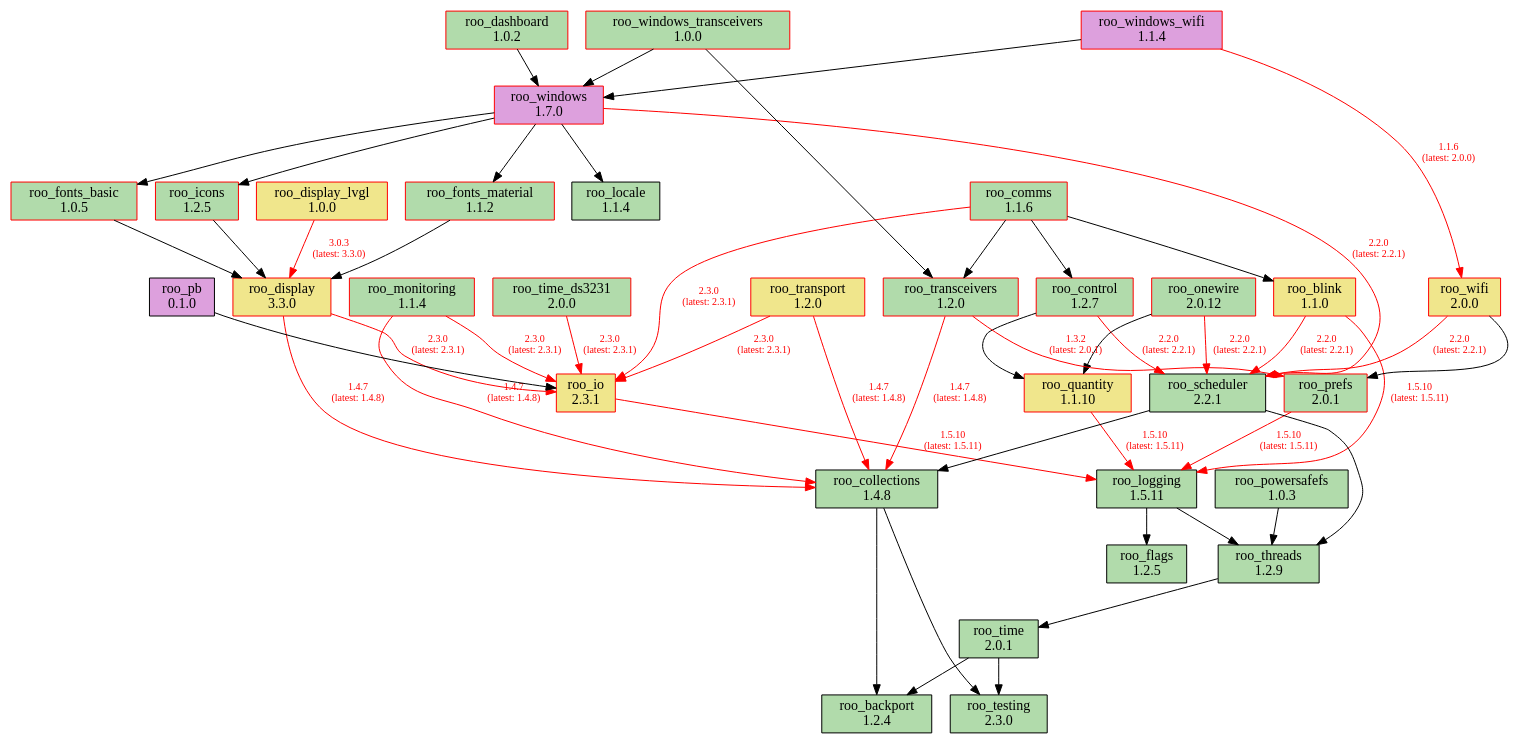
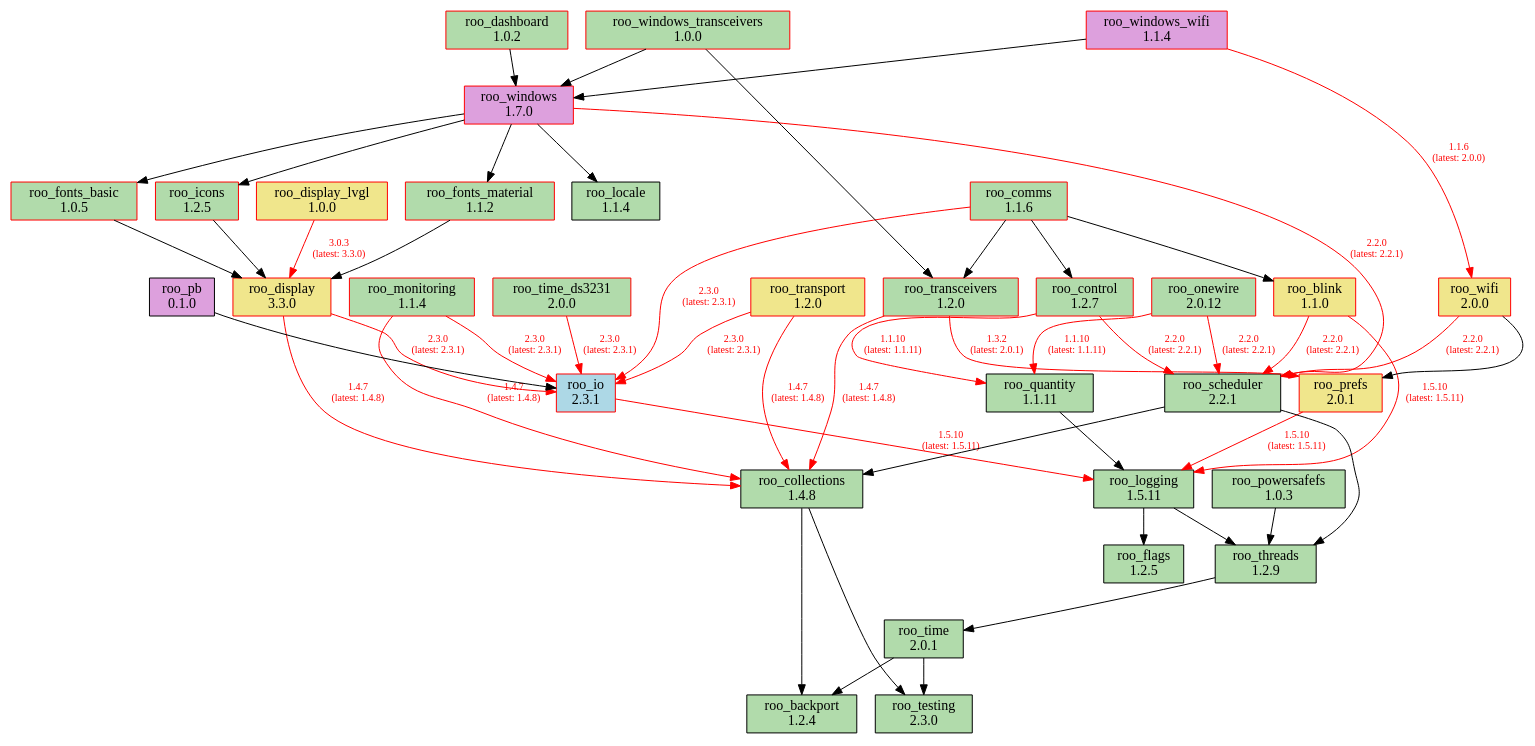
The diagram in doc/dependencies.dot (dejwk/roo-registry), drawn with Graphviz before and after one commit. The commit also changed 3 other files, not shown here.

Commit message:
Added roo_quantity 1.1.11 to the registry.

```diff
--- a/doc/dependencies.dot
+++ b/doc/dependencies.dot
@@ -1,90 +1,90 @@
 digraph dependencies {
     rankdir=TB;
     node [shape=box, style=filled];
     edge [fontsize=10];
 
     // Modules
     "roo_backport" [label="roo_backport\n1.2.4", fillcolor="#b1dbab", color="black"];
     "roo_blink" [label="roo_blink\n1.1.0", fillcolor="khaki", color="red"];
     "roo_collections" [label="roo_collections\n1.4.8", fillcolor="#b1dbab", color="black"];
     "roo_comms" [label="roo_comms\n1.1.6", fillcolor="#b1dbab", color="red"];
     "roo_control" [label="roo_control\n1.2.7", fillcolor="#b1dbab", color="red"];
     "roo_dashboard" [label="roo_dashboard\n1.0.2", fillcolor="#b1dbab", color="red"];
     "roo_display" [label="roo_display\n3.3.0", fillcolor="khaki", color="red"];
     "roo_display_lvgl" [label="roo_display_lvgl\n1.0.0", fillcolor="khaki", color="red"];
     "roo_flags" [label="roo_flags\n1.2.5", fillcolor="#b1dbab", color="black"];
     "roo_fonts_basic" [label="roo_fonts_basic\n1.0.5", fillcolor="#b1dbab", color="red"];
     "roo_fonts_material" [label="roo_fonts_material\n1.1.2", fillcolor="#b1dbab", color="red"];
     "roo_icons" [label="roo_icons\n1.2.5", fillcolor="#b1dbab", color="red"];
-    "roo_io" [label="roo_io\n2.3.1", fillcolor="khaki", color="red"];
+    "roo_io" [label="roo_io\n2.3.1", fillcolor="lightblue", color="red"];
     "roo_locale" [label="roo_locale\n1.1.4", fillcolor="#b1dbab", color="black"];
     "roo_logging" [label="roo_logging\n1.5.11", fillcolor="#b1dbab", color="black"];
     "roo_monitoring" [label="roo_monitoring\n1.1.4", fillcolor="#b1dbab", color="red"];
     "roo_onewire" [label="roo_onewire\n2.0.12", fillcolor="#b1dbab", color="red"];
     "roo_pb" [label="roo_pb\n0.1.0", fillcolor="plum", color="black"];
     "roo_powersafefs" [label="roo_powersafefs\n1.0.3", fillcolor="#b1dbab", color="black"];
-    "roo_prefs" [label="roo_prefs\n2.0.1", fillcolor="#b1dbab", color="red"];
-    "roo_quantity" [label="roo_quantity\n1.1.10", fillcolor="khaki", color="red"];
+    "roo_prefs" [label="roo_prefs\n2.0.1", fillcolor="khaki", color="red"];
+    "roo_quantity" [label="roo_quantity\n1.1.11", fillcolor="#b1dbab", color="black"];
     "roo_scheduler" [label="roo_scheduler\n2.2.1", fillcolor="#b1dbab", color="black"];
     "roo_testing" [label="roo_testing\n2.3.0", fillcolor="#b1dbab", color="black"];
     "roo_threads" [label="roo_threads\n1.2.9", fillcolor="#b1dbab", color="black"];
     "roo_time" [label="roo_time\n2.0.1", fillcolor="#b1dbab", color="black"];
     "roo_time_ds3231" [label="roo_time_ds3231\n2.0.0", fillcolor="#b1dbab", color="red"];
     "roo_transceivers" [label="roo_transceivers\n1.2.0", fillcolor="#b1dbab", color="red"];
     "roo_transport" [label="roo_transport\n1.2.0", fillcolor="khaki", color="red"];
     "roo_wifi" [label="roo_wifi\n2.0.0", fillcolor="khaki", color="red"];
     "roo_windows" [label="roo_windows\n1.7.0", fillcolor="plum", color="red"];
     "roo_windows_transceivers" [label="roo_windows_transceivers\n1.0.0", fillcolor="#b1dbab", color="red"];
     "roo_windows_wifi" [label="roo_windows_wifi\n1.1.4", fillcolor="plum", color="red"];
 
     // Dependencies
     "roo_blink" -> "roo_logging" [color=red, fontcolor=red, label="1.5.10\n(latest: 1.5.11)"];
     "roo_blink" -> "roo_scheduler" [color=red, fontcolor=red, label="2.2.0\n(latest: 2.2.1)"];
     "roo_collections" -> "roo_testing";
     "roo_collections" -> "roo_backport";
     "roo_comms" -> "roo_blink";
     "roo_comms" -> "roo_control";
     "roo_comms" -> "roo_io" [color=red, fontcolor=red, label="2.3.0\n(latest: 2.3.1)"];
     "roo_comms" -> "roo_transceivers";
-    "roo_control" -> "roo_quantity";
+    "roo_control" -> "roo_quantity" [color=red, fontcolor=red, label="1.1.10\n(latest: 1.1.11)"];
     "roo_control" -> "roo_scheduler" [color=red, fontcolor=red, label="2.2.0\n(latest: 2.2.1)"];
     "roo_dashboard" -> "roo_windows";
     "roo_display" -> "roo_collections" [color=red, fontcolor=red, label="1.4.7\n(latest: 1.4.8)"];
     "roo_display" -> "roo_io" [color=red, fontcolor=red, label="2.3.0\n(latest: 2.3.1)"];
     "roo_display_lvgl" -> "roo_display" [color=red, fontcolor=red, label="3.0.3\n(latest: 3.3.0)"];
     "roo_fonts_basic" -> "roo_display";
     "roo_fonts_material" -> "roo_display";
     "roo_icons" -> "roo_display";
     "roo_io" -> "roo_logging" [color=red, fontcolor=red, label="1.5.10\n(latest: 1.5.11)"];
     "roo_logging" -> "roo_flags";
     "roo_logging" -> "roo_threads";
     "roo_monitoring" -> "roo_collections" [color=red, fontcolor=red, label="1.4.7\n(latest: 1.4.8)"];
     "roo_monitoring" -> "roo_io" [color=red, fontcolor=red, label="2.3.0\n(latest: 2.3.1)"];
     "roo_onewire" -> "roo_scheduler" [color=red, fontcolor=red, label="2.2.0\n(latest: 2.2.1)"];
-    "roo_onewire" -> "roo_quantity";
+    "roo_onewire" -> "roo_quantity" [color=red, fontcolor=red, label="1.1.10\n(latest: 1.1.11)"];
     "roo_pb" -> "roo_io";
     "roo_powersafefs" -> "roo_threads";
     "roo_prefs" -> "roo_logging" [color=red, fontcolor=red, label="1.5.10\n(latest: 1.5.11)"];
-    "roo_quantity" -> "roo_logging" [color=red, fontcolor=red, label="1.5.10\n(latest: 1.5.11)"];
+    "roo_quantity" -> "roo_logging";
     "roo_scheduler" -> "roo_collections";
     "roo_scheduler" -> "roo_threads";
     "roo_threads" -> "roo_time";
     "roo_time" -> "roo_testing";
     "roo_time" -> "roo_backport";
     "roo_time_ds3231" -> "roo_io" [color=red, fontcolor=red, label="2.3.0\n(latest: 2.3.1)"];
     "roo_transceivers" -> "roo_collections" [color=red, fontcolor=red, label="1.4.7\n(latest: 1.4.8)"];
     "roo_transceivers" -> "roo_prefs" [color=red, fontcolor=red, label="1.3.2\n(latest: 2.0.1)"];
     "roo_transport" -> "roo_collections" [color=red, fontcolor=red, label="1.4.7\n(latest: 1.4.8)"];
     "roo_transport" -> "roo_io" [color=red, fontcolor=red, label="2.3.0\n(latest: 2.3.1)"];
     "roo_wifi" -> "roo_prefs";
     "roo_wifi" -> "roo_scheduler" [color=red, fontcolor=red, label="2.2.0\n(latest: 2.2.1)"];
     "roo_windows" -> "roo_fonts_basic";
     "roo_windows" -> "roo_fonts_material";
     "roo_windows" -> "roo_locale";
     "roo_windows" -> "roo_icons";
     "roo_windows" -> "roo_scheduler" [color=red, fontcolor=red, label="2.2.0\n(latest: 2.2.1)"];
     "roo_windows_transceivers" -> "roo_transceivers";
     "roo_windows_transceivers" -> "roo_windows";
     "roo_windows_wifi" -> "roo_wifi" [color=red, fontcolor=red, label="1.1.6\n(latest: 2.0.0)"];
     "roo_windows_wifi" -> "roo_windows";
 }
```
